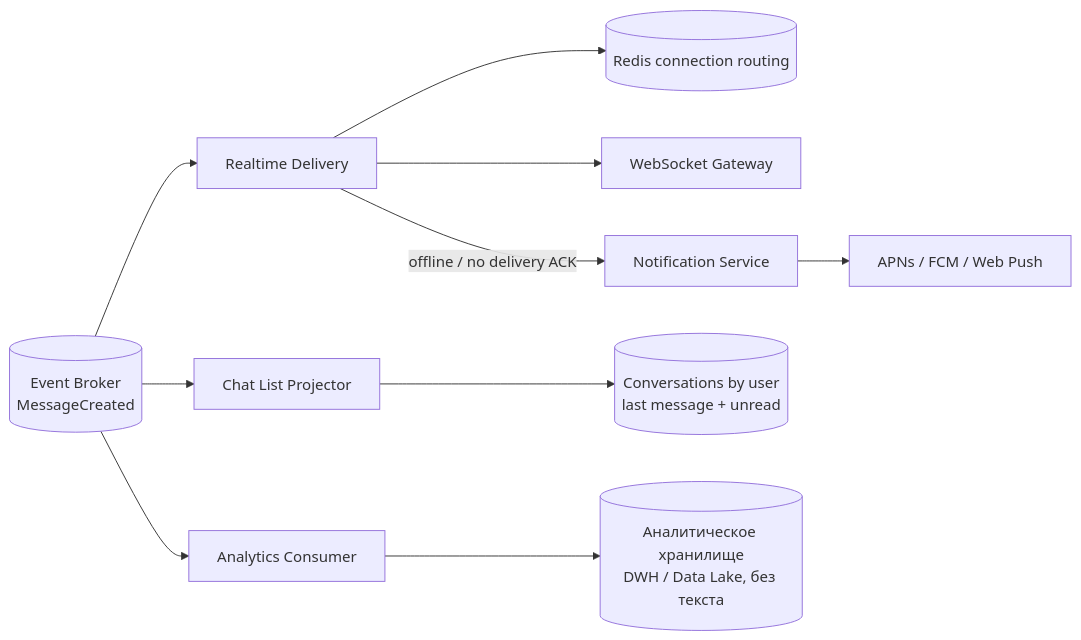
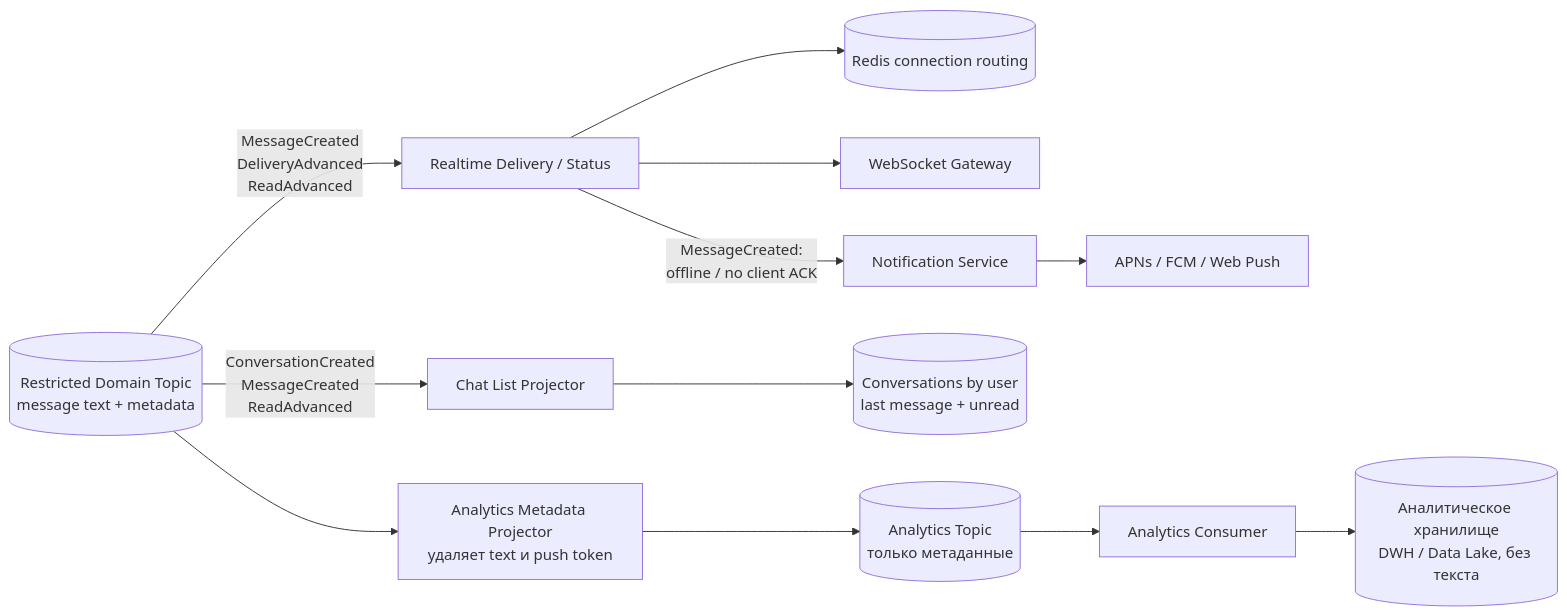
The second of 2 diagrams in docs/senior-golang-study/05-system-design/interview-cases/18-marketplace-messenger.md (fev0ks/LearnGoLang), drawn with Mermaid before and after one commit. The commit also changed other lines of this file and 3 other files, not shown here.

````diff
--- a/docs/senior-golang-study/05-system-design/interview-cases/18-marketplace-messenger.md
+++ b/docs/senior-golang-study/05-system-design/interview-cases/18-marketplace-messenger.md
@@ -317,17 +391,19 @@
 ```mermaid
 flowchart LR
-    Broker[("Event Broker<br/>MessageCreated")]
+    Broker[("Restricted Domain Topic<br/>message text + metadata")]
 
-    Broker --> Delivery["Realtime Delivery"]
+    Broker -->|"MessageCreated<br/>DeliveryAdvanced<br/>ReadAdvanced"| Delivery["Realtime Delivery / Status"]
     Delivery --> Routing[("Redis connection routing")]
     Delivery --> WS["WebSocket Gateway"]
 
-    Delivery -->|"offline / no delivery ACK"| Push["Notification Service"]
+    Delivery -->|"MessageCreated:<br/>offline / no client ACK"| Push["Notification Service"]
     Push --> Providers["APNs / FCM / Web Push"]
 
-    Broker --> Projector["Chat List Projector"]
+    Broker -->|"ConversationCreated<br/>MessageCreated<br/>ReadAdvanced"| Projector["Chat List Projector"]
     Projector --> ChatList[("Conversations by user<br/>last message + unread")]
 
-    Broker --> Analytics["Analytics Consumer"]
+    Broker --> Sanitizer["Analytics Metadata Projector<br/>удаляет text и push token"]
+    Sanitizer --> AnalyticsTopic[("Analytics Topic<br/>только метаданные")]
+    AnalyticsTopic --> Analytics["Analytics Consumer"]
     Analytics --> DWH[("Аналитическое хранилище<br/>DWH / Data Lake, без текста")]
 ```
````
